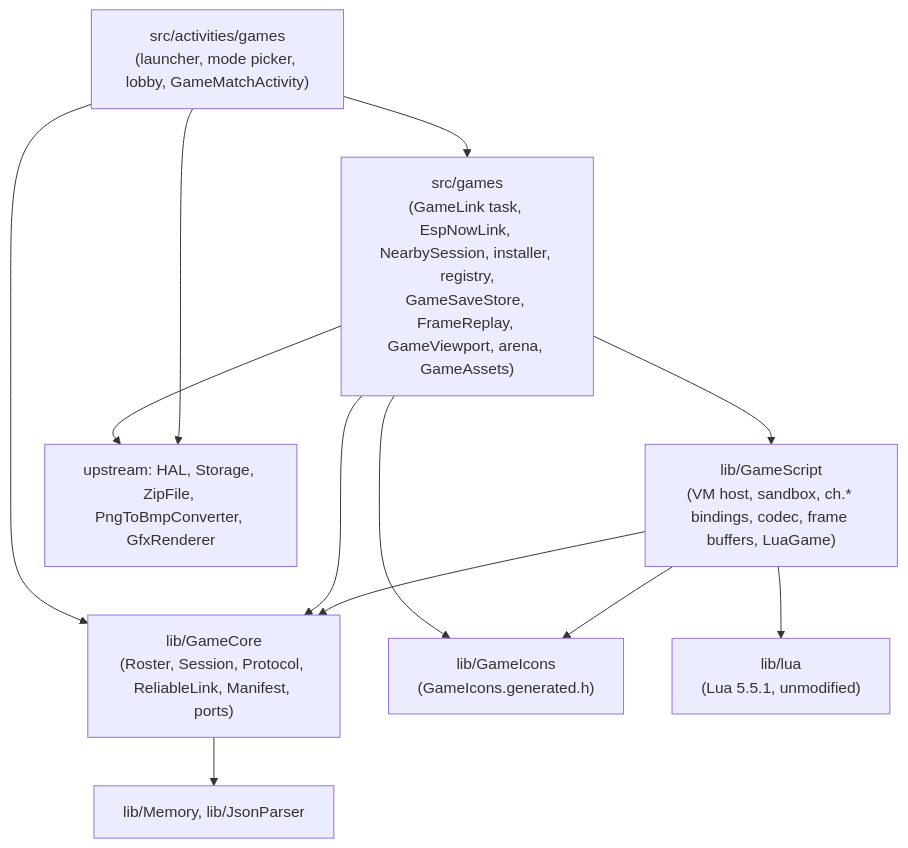
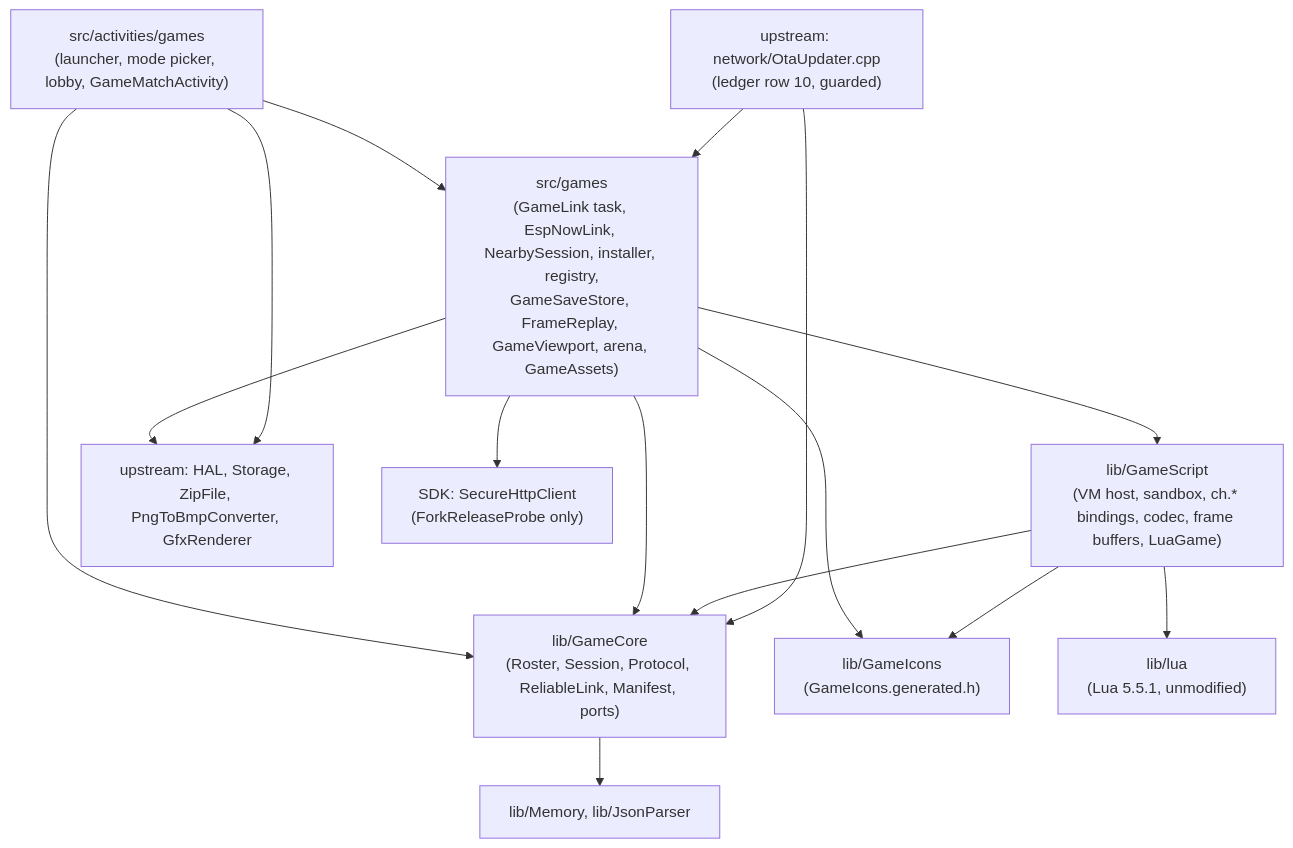
Before and after one commit to CarpeTelam/crosshatch-player: the first of 4 diagrams in _bmad-output/planning-artifacts/architecture/architecture-crosshatch-player-2026-09-26/ARCHITECTURE-SPINE.md, drawn with Mermaid. The commit also changed other lines of this file and 2 other files, not shown here.

````diff
--- a/_bmad-output/planning-artifacts/architecture/architecture-crosshatch-player-2026-09-26/ARCHITECTURE-SPINE.md
+++ b/_bmad-output/planning-artifacts/architecture/architecture-crosshatch-player-2026-09-26/ARCHITECTURE-SPINE.md
@@ -41,14 +41,17 @@
 ```mermaid
 flowchart TD
   ACT["src/activities/games<br/>(launcher, mode picker, lobby, GameMatchActivity)"] --> ADP["src/games<br/>(GameLink task, EspNowLink, NearbySession, installer, registry,<br/>GameSaveStore, FrameReplay, GameViewport, arena, GameAssets)"]
   ACT --> CORE["lib/GameCore<br/>(Roster, Session, Protocol, ReliableLink, Manifest, ports)"]
   ADP --> SCR["lib/GameScript<br/>(VM host, sandbox, ch.* bindings, codec, frame buffers, LuaGame)"]
   ADP --> CORE
   ADP --> ICO["lib/GameIcons<br/>(GameIcons.generated.h)"]
   SCR --> CORE
   SCR --> ICO
   SCR --> LUA["lib/lua<br/>(Lua 5.5.1, unmodified)"]
   CORE --> STD["lib/Memory, lib/JsonParser"]
   ADP --> HAL["upstream: HAL, Storage, ZipFile, PngToBmpConverter, GfxRenderer"]
   ACT --> HAL
+  OTA["upstream: network/OtaUpdater.cpp<br/>(ledger row 10, guarded)"] --> CORE
+  OTA --> ADP
+  ADP --> HTTP["SDK: SecureHttpClient<br/>(ForkReleaseProbe only)"]
 ```
````
